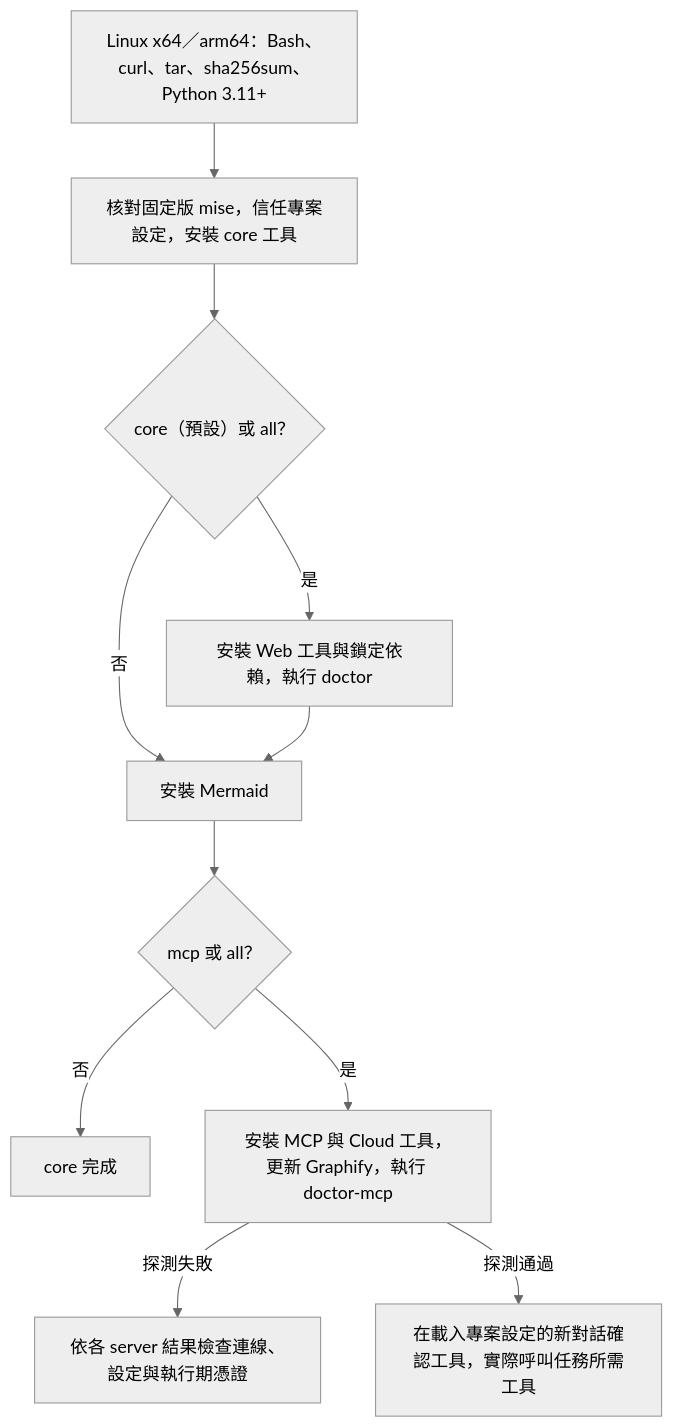
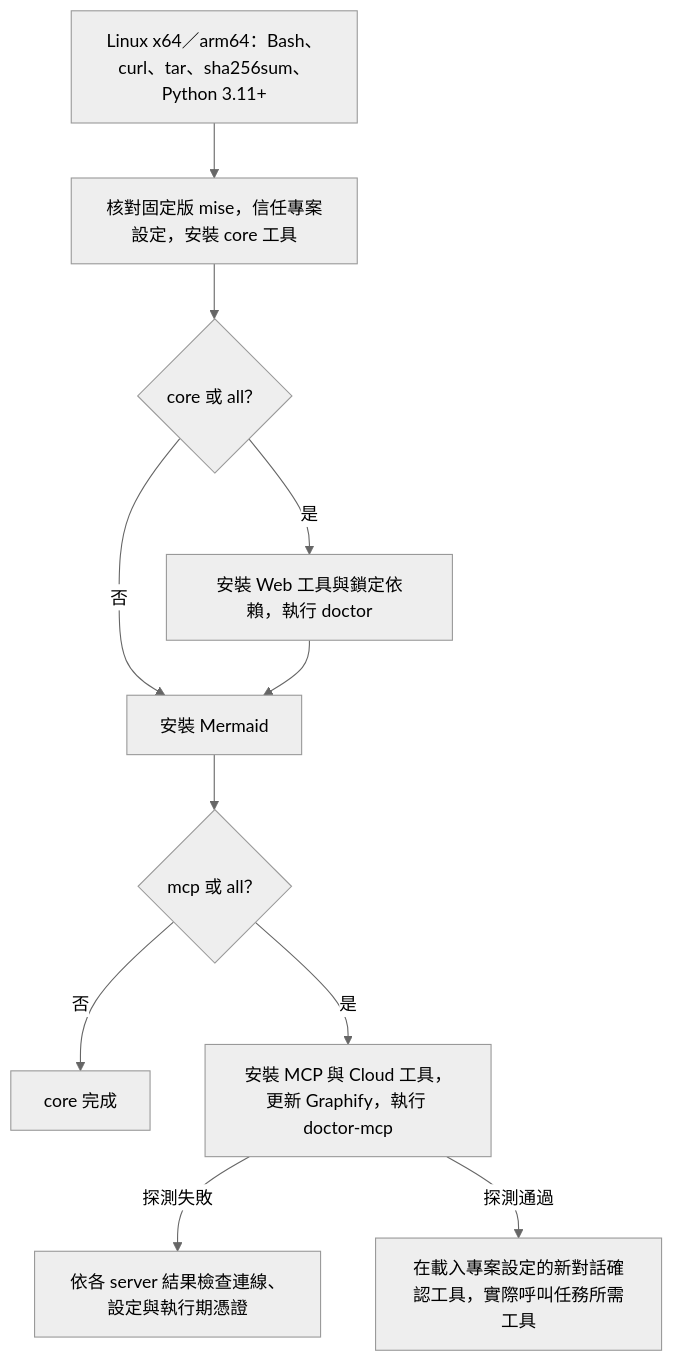
One commit to 963sup/line-mini-app-bot changed the first of 2 diagrams in docs/guides/local-development/setup.md. Above: the diagram before and after it, drawn with Mermaid (neutral theme). The commit also changed other lines of this file and 29 other files, not shown here.

````diff
--- a/docs/guides/local-development/setup.md
+++ b/docs/guides/local-development/setup.md
@@ -19,13 +13,13 @@
 ```mermaid
 flowchart TD
   A["Linux x64／arm64：Bash、curl、tar、sha256sum、Python 3.11+"] --> B["核對固定版 mise，信任專案設定，安裝 core 工具"]
-  B --> W{"core（預設）或 all？"}
+  B --> W{"core 或 all？"}
   W -->|是| D["安裝 Web 工具與鎖定依賴，執行 doctor"]
   W -->|否| M["安裝 Mermaid"]
   D --> M
   M --> C{"mcp 或 all？"}
   C -->|否| E["core 完成"]
   C -->|是| G["安裝 MCP 與 Cloud 工具，更新 Graphify，執行 doctor-mcp"]
   G -->|探測失敗| F["依各 server 結果檢查連線、設定與執行期憑證"]
   G -->|探測通過| H["在載入專案設定的新對話確認工具，實際呼叫任務所需工具"]
 ```
````
